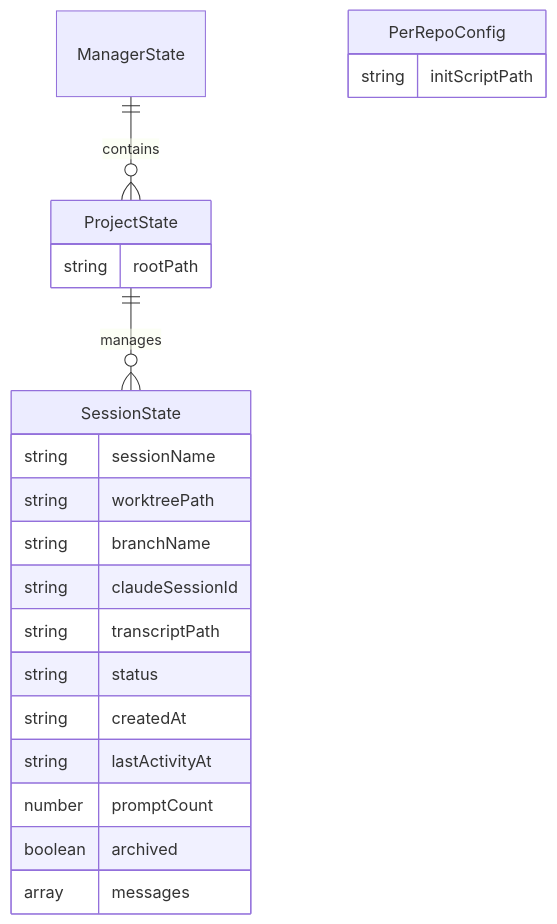
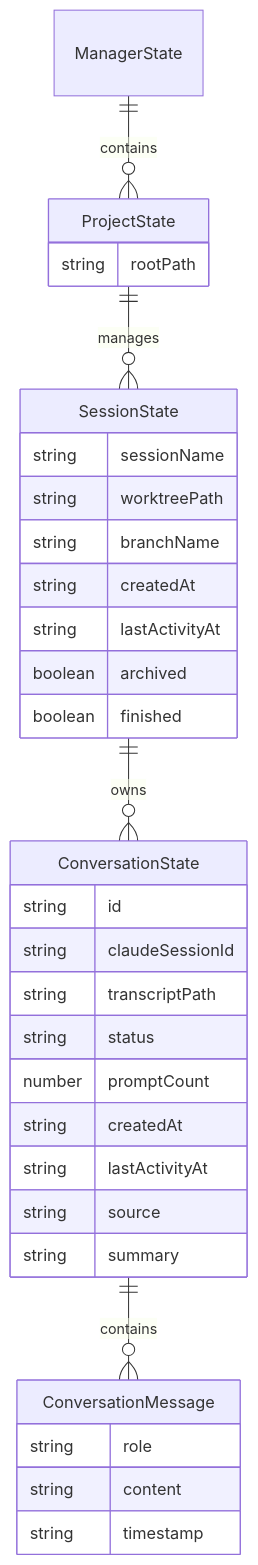
The fifth of 5 diagrams in .kiro/specs/session-lifecycle/design.md (amhuppert/remote-ai-manager), drawn with Mermaid before and after one commit. The commit also changed other lines of this file and 38 other files, not shown here.

````diff
--- a/.kiro/specs/session-lifecycle/design.md
+++ b/.kiro/specs/session-lifecycle/design.md
@@ -422,24 +560,35 @@
 ```mermaid
 erDiagram
     ManagerState ||--o{ ProjectState : contains
     ProjectState ||--o{ SessionState : manages
+    SessionState ||--o{ ConversationState : owns
     ProjectState {
         string rootPath
     }
     SessionState {
         string sessionName
         string worktreePath
         string branchName
+        string createdAt
+        string lastActivityAt
+        boolean archived
+        boolean finished
+    }
+    ConversationState {
+        string id
         string claudeSessionId
         string transcriptPath
         string status
+        number promptCount
         string createdAt
         string lastActivityAt
-        number promptCount
-        boolean archived
-        array messages
+        string source
+        string summary
     }
-    PerRepoConfig {
-        string initScriptPath
+    ConversationState ||--o{ ConversationMessage : contains
+    ConversationMessage {
+        string role
+        string content
+        string timestamp
     }
 ```
````
